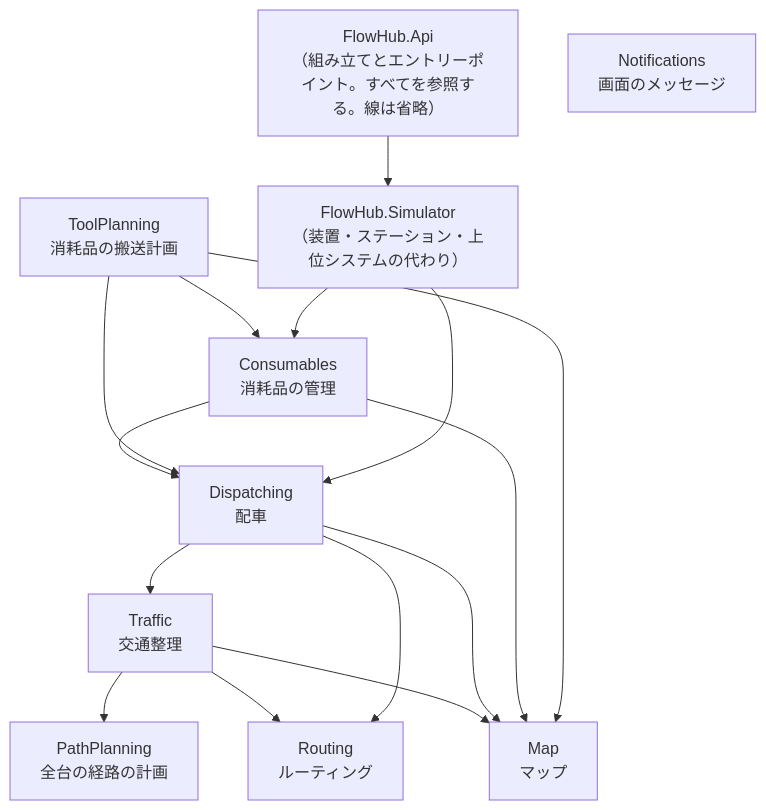
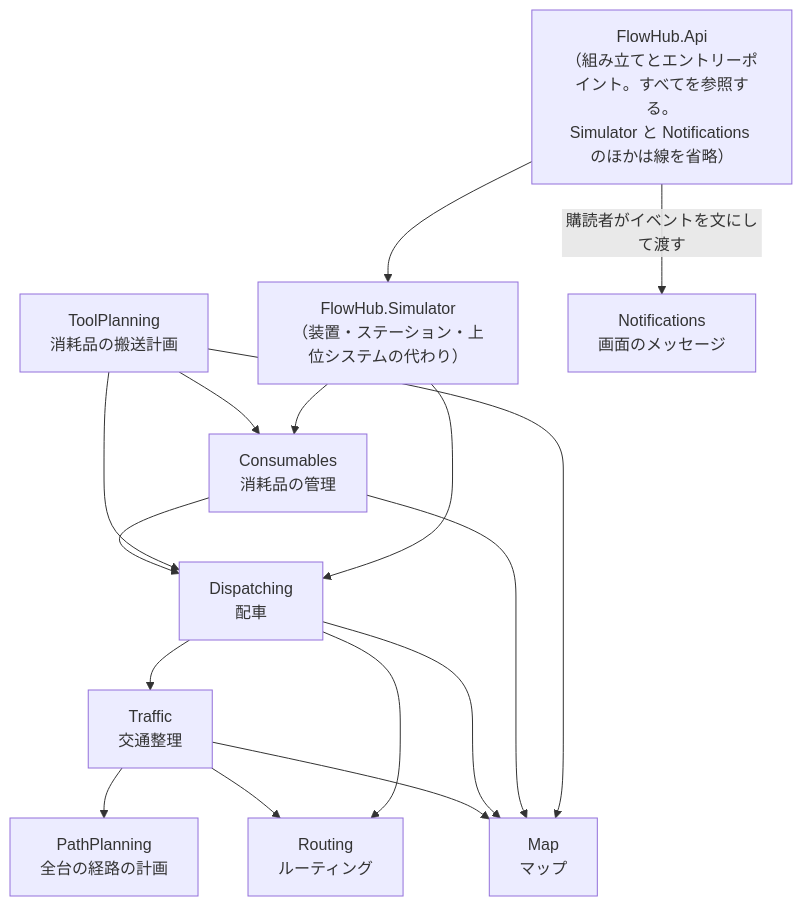
Before and after one commit to kkobaoh/flow-hub: the third of 3 diagrams in CLAUDE.md, drawn with Mermaid.

Commit message:
コンテキストの依存の図で、Api から画面のメッセージ（Notifications）への線を描く

````diff
--- a/CLAUDE.md
+++ b/CLAUDE.md
@@ -224,28 +224,29 @@
 ```mermaid
 flowchart TD
-    Api["FlowHub.Api<br/>（組み立てとエントリーポイント。すべてを参照する。線は省略）"]
+    Api["FlowHub.Api<br/>（組み立てとエントリーポイント。すべてを参照する。<br/>Simulator と Notifications のほかは線を省略）"]
     Simulator["FlowHub.Simulator<br/>（装置・ステーション・上位システムの代わり）"]
     ToolPlanning["ToolPlanning<br/>消耗品の搬送計画"]
     Consumables["Consumables<br/>消耗品の管理"]
     Dispatching["Dispatching<br/>配車"]
     Traffic["Traffic<br/>交通整理"]
     Routing["Routing<br/>ルーティング"]
     PathPlanning["PathPlanning<br/>全台の経路の計画"]
     Map["Map<br/>マップ"]
     Notifications["Notifications<br/>画面のメッセージ"]
 
     Api --> Simulator
+    Api -->|"購読者がイベントを文にして渡す"| Notifications
     Simulator --> Consumables
     Simulator --> Dispatching
     ToolPlanning --> Consumables
     ToolPlanning --> Dispatching
     ToolPlanning --> Map
     Consumables --> Dispatching
     Consumables --> Map
     Dispatching --> Traffic
     Dispatching --> Routing
     Dispatching --> Map
     Traffic --> Routing
     Traffic --> PathPlanning
     Traffic --> Map
 ```
````
